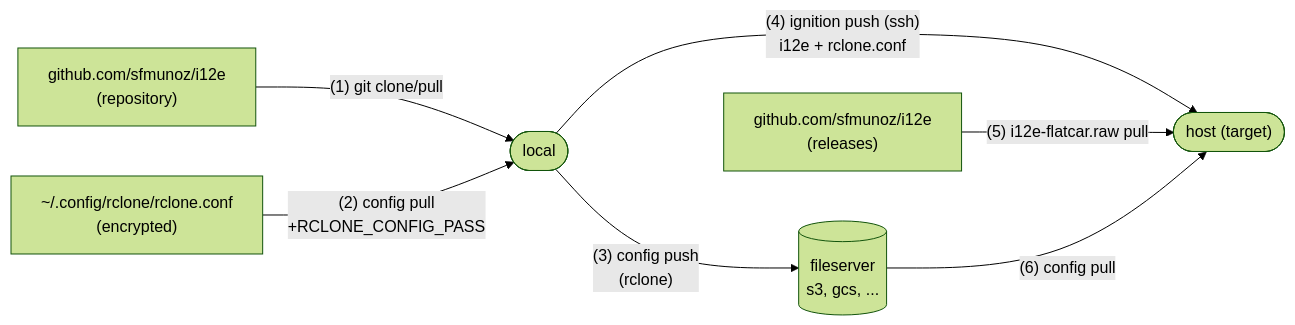
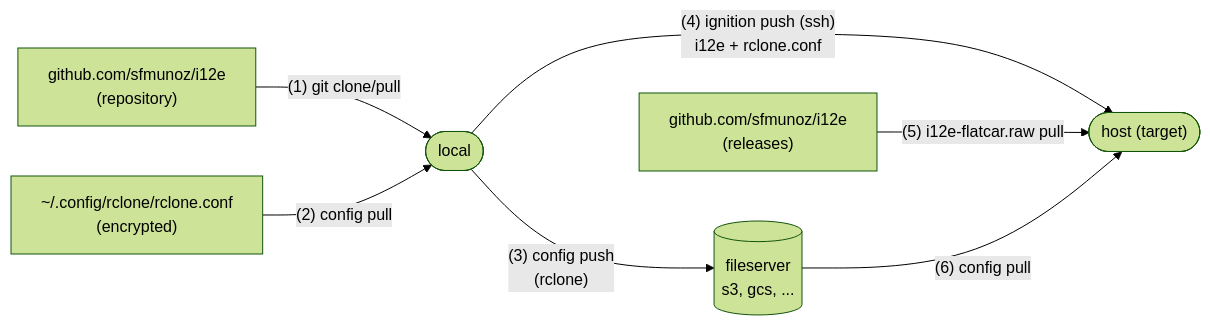
Before and after one commit to sfmunoz/i12e: the diagram in README.md, drawn with Mermaid (forest theme). The commit also changed 2 other files, not shown here.

Commit message:
genesis: 'RCLONE_CONFIG_PASS' read from 'secrets.yaml'

````diff
--- a/README.md
+++ b/README.md
@@ -39,15 +39,15 @@
 ```mermaid
 flowchart LR
     github_repo["github.com/sfmunoz/i12e<br/>(repository)"]
     github_rel["github.com/sfmunoz/i12e<br/>(releases)"]
     rclone_conf["~/.config/rclone/rclone.conf<br/>(encrypted)"]
     local(["local"])
     fs[("fileserver<br/>s3, gcs, ...")] 
     host(["host (target)"])
     github_repo -->|"(1) git clone/pull"| local
-    rclone_conf -->|"(2) config pull<br/>+RCLONE_CONFIG_PASS"| local
+    rclone_conf -->|"(2) config pull"| local
     local -->|"(3) config push<br/>(rclone)"| fs
     local -->|"(4) ignition push (ssh)<br/>i12e + rclone.conf"| host
     github_rel -->|"(5) i12e-flatcar.raw pull"| host
     fs -->|"(6) config pull"| host
 ```
````
